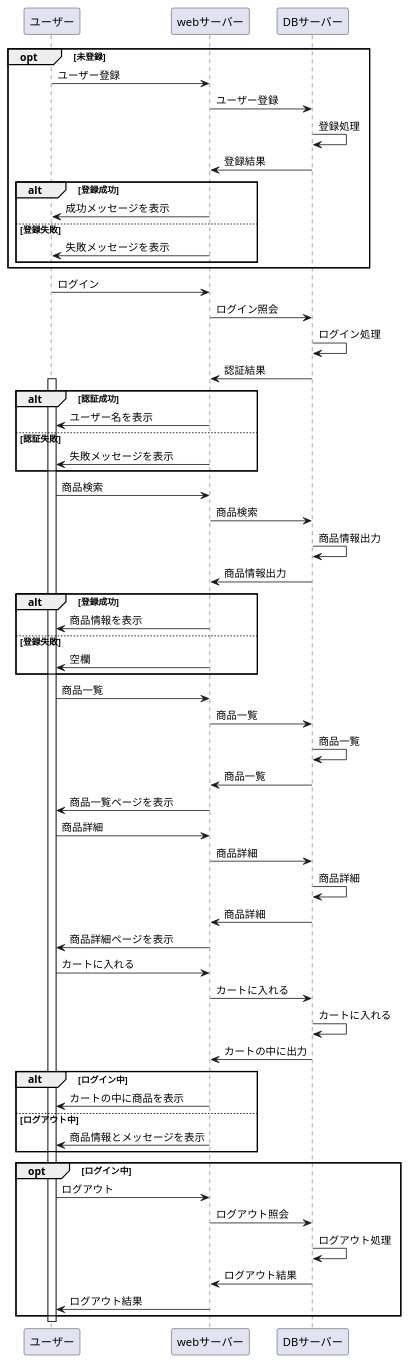
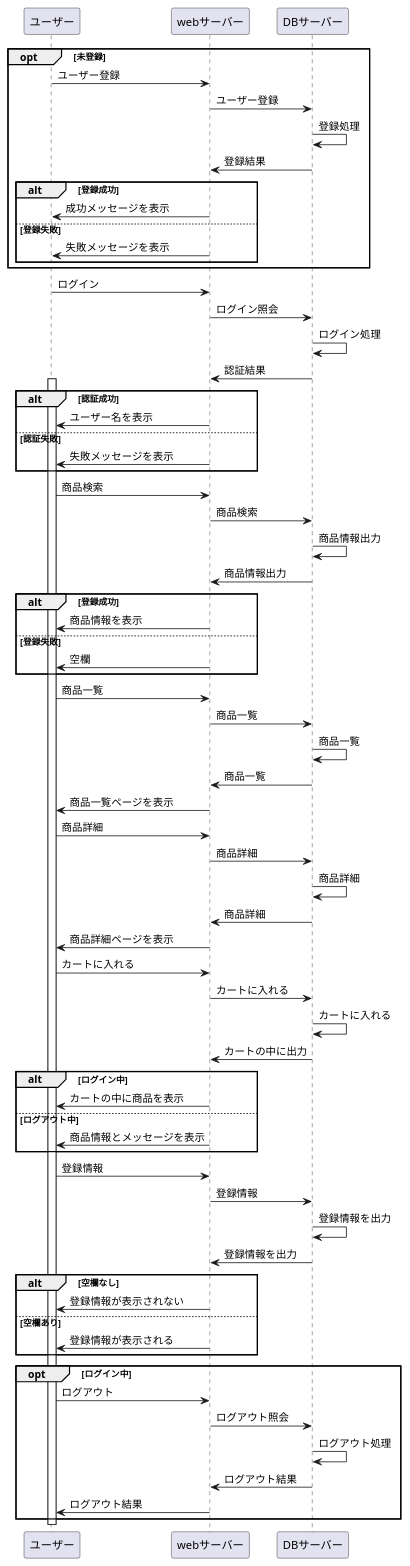
The diagram in kinouichiran03.md (Aso2001219/2021sys-design), drawn with PlantUML before and after one commit.

````diff
--- a/kinouichiran03.md
+++ b/kinouichiran03.md
@@ -1,73 +1,83 @@
 ```uml
 
 @startuml
 opt 未登録
 ユーザー -> webサーバー : ユーザー登録
 webサーバー -> DBサーバー : ユーザー登録
 DBサーバー -> DBサーバー : 登録処理
 DBサーバー -> webサーバー : 登録結果
 
 alt 登録成功
 webサーバー -> ユーザー : 成功メッセージを表示
 else 登録失敗
 webサーバー -> ユーザー : 失敗メッセージを表示
 
 end
 end
 
 
 ユーザー -> webサーバー : ログイン
 webサーバー -> DBサーバー : ログイン照会
 DBサーバー -> DBサーバー : ログイン処理
 DBサーバー -> webサーバー : 認証結果
 activate ユーザー
 alt 認証成功
 webサーバー -> ユーザー : ユーザー名を表示
 else 認証失敗
 webサーバー -> ユーザー : 失敗メッセージを表示
 end
 
 ユーザー -> webサーバー : 商品検索
 webサーバー -> DBサーバー : 商品検索
 DBサーバー -> DBサーバー : 商品情報出力
 DBサーバー -> webサーバー : 商品情報出力
 alt 登録成功
 webサーバー -> ユーザー : 商品情報を表示
 else 登録失敗
 webサーバー -> ユーザー : 空欄
 end
 
 ユーザー -> webサーバー : 商品一覧
 webサーバー -> DBサーバー : 商品一覧
 DBサーバー -> DBサーバー : 商品一覧
 DBサーバー -> webサーバー : 商品一覧
 webサーバー -> ユーザー : 商品一覧ページを表示
 
 ユーザー -> webサーバー : 商品詳細
 webサーバー -> DBサーバー : 商品詳細
 DBサーバー -> DBサーバー : 商品詳細
 DBサーバー -> webサーバー : 商品詳細
 webサーバー -> ユーザー : 商品詳細ページを表示
 
 ユーザー -> webサーバー : カートに入れる
 webサーバー -> DBサーバー : カートに入れる
 DBサーバー -> DBサーバー : カートに入れる
 DBサーバー -> webサーバー : カートの中に出力
 alt ログイン中
 webサーバー -> ユーザー : カートの中に商品を表示
 else ログアウト中
 webサーバー -> ユーザー : 商品情報とメッセージを表示
 end
 
+ユーザー -> webサーバー : 登録情報
+webサーバー -> DBサーバー : 登録情報
+DBサーバー -> DBサーバー : 登録情報を出力
+DBサーバー -> webサーバー : 登録情報を出力
+alt 空欄なし
+webサーバー -> ユーザー : 登録情報が表示されない
+else 空欄あり
+webサーバー -> ユーザー : 登録情報が表示される
+end
+
 opt ログイン中
 ユーザー -> webサーバー : ログアウト
 webサーバー -> DBサーバー : ログアウト照会
 DBサーバー -> DBサーバー : ログアウト処理
 DBサーバー -> webサーバー : ログアウト結果
 webサーバー -> ユーザー : ログアウト結果
 end
 
 deactivate ユーザー
 @enduml
 
 ```
````
